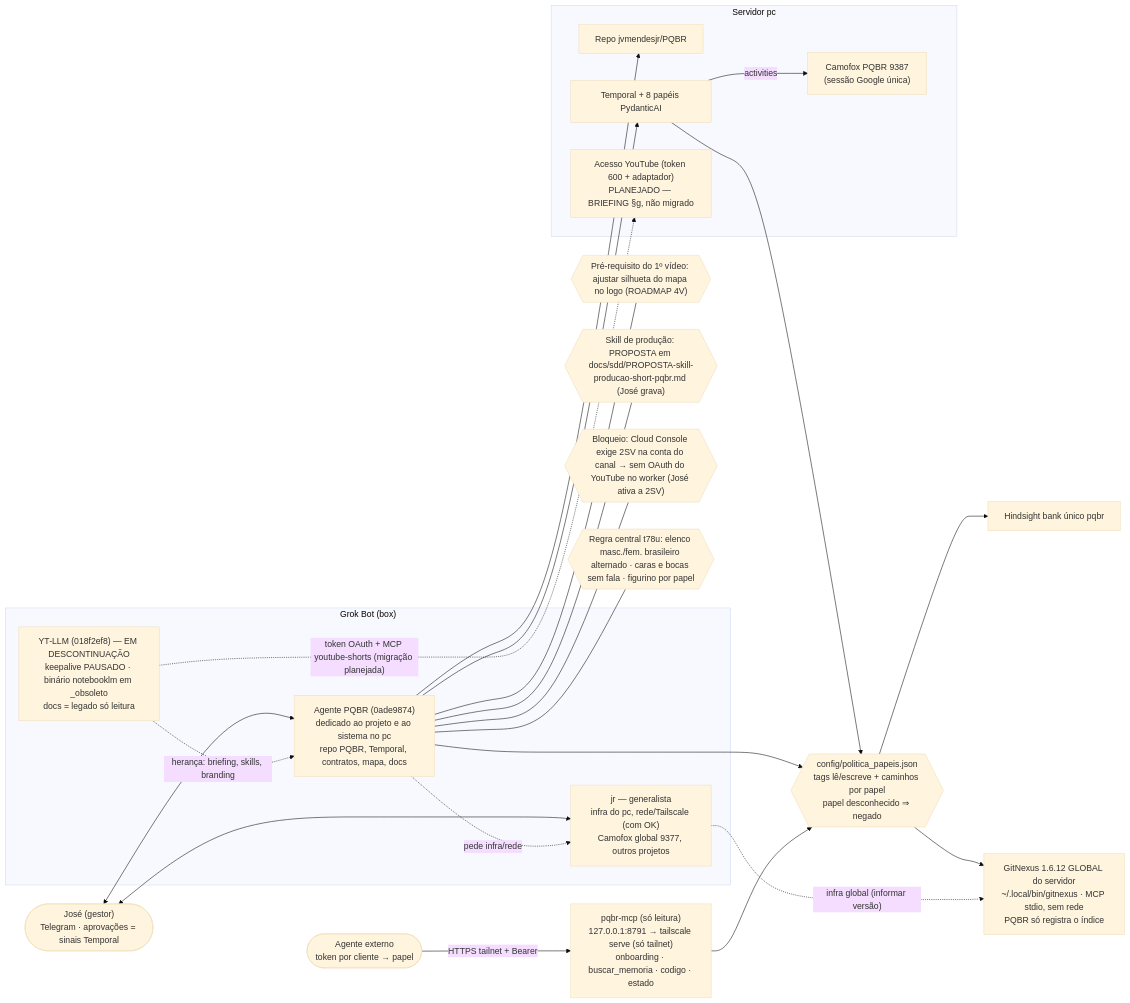
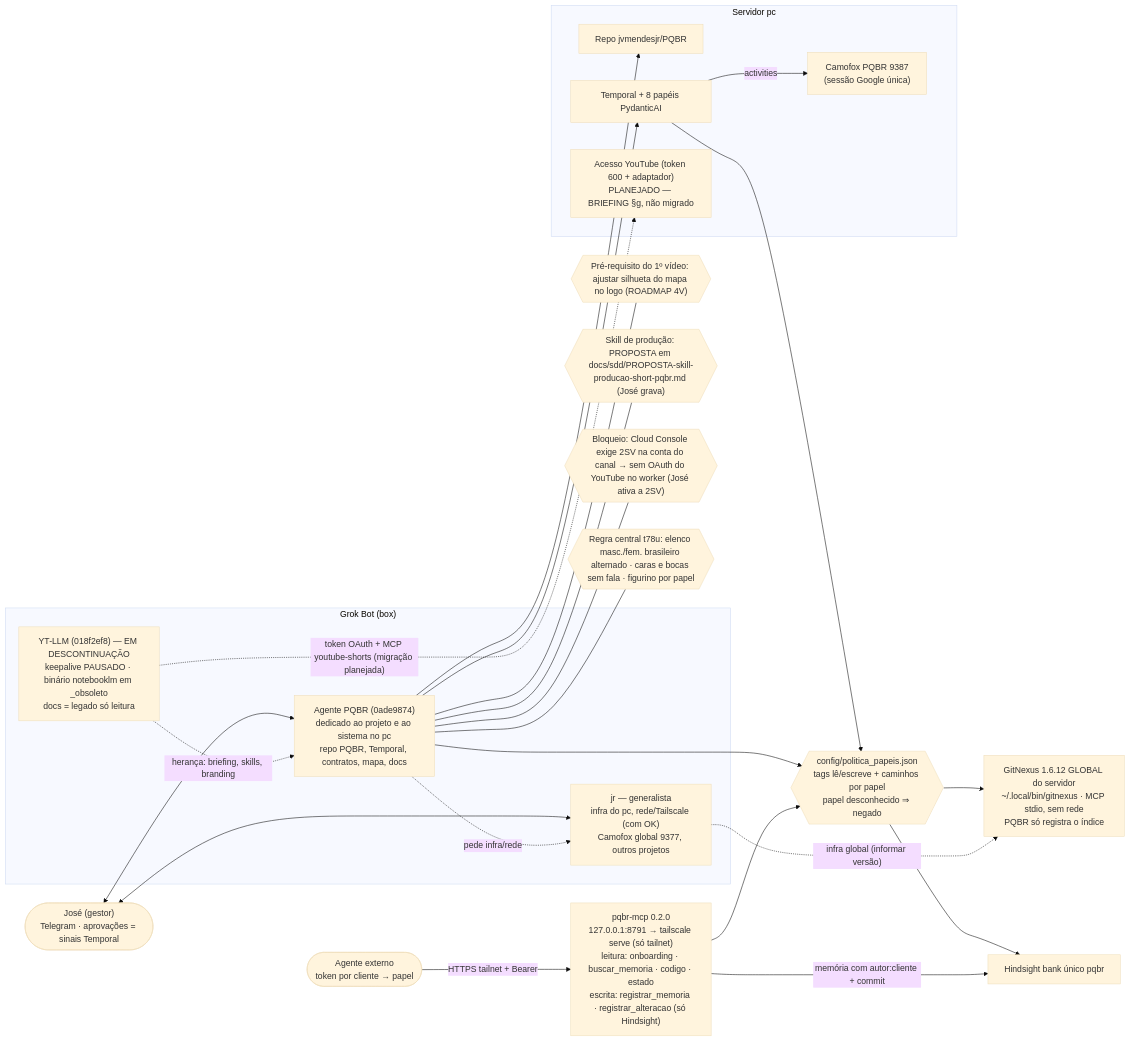
Before and after one commit to jvmendesjr/PQBR: the diagram in docs/mapa/09-agentes-responsabilidades.mmd, drawn with Mermaid (base theme). The commit also changed 10 other files, not shown here.

Commit message:
t95u/t96u: MCP registrar_memoria/registrar_alteracao (contrato 1.0.0, autor por cliente), protocolo no AGENTS.md, mapa 09

```diff
--- a/docs/mapa/09-agentes-responsabilidades.mmd
+++ b/docs/mapa/09-agentes-responsabilidades.mmd
@@ -1,41 +1,43 @@
 %% Agentes e responsabilidades (t533–t535, José 24/10/2026). Decisão registrada; não é gerado do código.
 flowchart LR
   J(["José (gestor)<br/>Telegram · aprovações = sinais Temporal"])
   subgraph BOX["Grok Bot (box)"]
     JR["jr — generalista<br/>infra do pc, rede/Tailscale (com OK)<br/>Camofox global 9377, outros projetos"]
     AG["Agente PQBR (0ade9874)<br/>dedicado ao projeto e ao sistema no pc<br/>repo PQBR, Temporal, contratos, mapa, docs"]
     YT["YT-LLM (018f2ef8) — EM DESCONTINUAÇÃO<br/>keepalive PAUSADO · binário notebooklm em _obsoleto<br/>docs = legado só leitura"]
   end
   subgraph PC["Servidor pc"]
     REPO["Repo jvmendesjr/PQBR"]
     TMP["Temporal + 8 papéis PydanticAI"]
     CF["Camofox PQBR 9387<br/>(sessão Google única)"]
     YTA["Acesso YouTube (token 600 + adaptador)<br/>PLANEJADO — BRIEFING §g, não migrado"]
   end
   J <--> AG
   J <--> JR
   AG --> REPO & TMP
   TMP -->|activities| CF
   AG -. "pede infra/rede" .-> JR
   YT -. "herança: briefing, skills, branding" .-> AG
   YT -. "token OAuth + MCP youtube-shorts (migração planejada)" .-> YTA
   P1{{"Pré-requisito do 1º vídeo: ajustar silhueta do mapa no logo (ROADMAP 4V)"}}
   P2{{"Skill de produção: PROPOSTA em docs/sdd/PROPOSTA-skill-producao-short-pqbr.md (José grava)"}}
   AG --- P1 & P2
   %% t73u–t78u (26/10/2026)
   P3{{"Bloqueio: Cloud Console exige 2SV na conta do canal → sem OAuth do YouTube no worker (José ativa a 2SV)"}}
   P4{{"Regra central t78u: elenco masc./fem. brasileiro alternado · caras e bocas sem fala · figurino por papel"}}
   AG --- P3 & P4
   %% t84u–t86u (26/10/2026)
   GNX["GitNexus 1.6.12 GLOBAL do servidor<br/>~/.local/bin/gitnexus · MCP stdio, sem rede<br/>PQBR só registra o índice"]
   HS["Hindsight bank único pqbr"]
   POL{{"config/politica_papeis.json<br/>tags lê/escreve + caminhos por papel<br/>papel desconhecido ⇒ negado"}}
   TMP --> POL
   AG --> POL
   POL --> HS & GNX
   JR -. "infra global (informar versão)" .-> GNX
   %% t89u (26/10/2026)
-  MCP["pqbr-mcp (só leitura)<br/>127.0.0.1:8791 → tailscale serve (só tailnet)<br/>onboarding · buscar_memoria · codigo · estado"]
+  MCP["pqbr-mcp 0.2.0<br/>127.0.0.1:8791 → tailscale serve (só tailnet)<br/>leitura: onboarding · buscar_memoria · codigo · estado<br/>escrita: registrar_memoria · registrar_alteracao (só Hindsight)"]
   EXT(["Agente externo<br/>token por cliente → papel"])
   EXT -->|"HTTPS tailnet + Bearer"| MCP
   MCP --> POL
+  %% t95u–t96u (26/10/2026)
+  MCP -->|"memória com autor:cliente + commit"| HS
```
